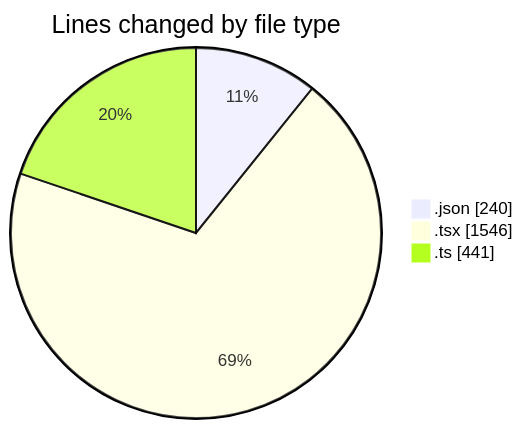
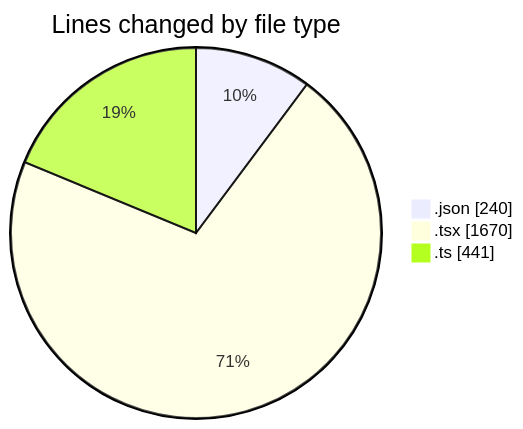
The first of 2 diagrams in 2025-11-17/eventscop-frontend-guide__workspace_/README.md (julien-gomy/code-tracking), drawn with Mermaid before and after one commit. The commit also changed other lines of this file and 1 other file, not shown here.

````diff
--- a/2025-11-17/eventscop-frontend-guide__workspace_/README.md
+++ b/2025-11-17/eventscop-frontend-guide__workspace_/README.md
@@ -30,7 +31,7 @@
 ```mermaid
 pie showData
 title Lines changed by file type
 ".json" : 240
-".tsx" : 1546
+".tsx" : 1670
 ".ts" : 441
 ```
````
